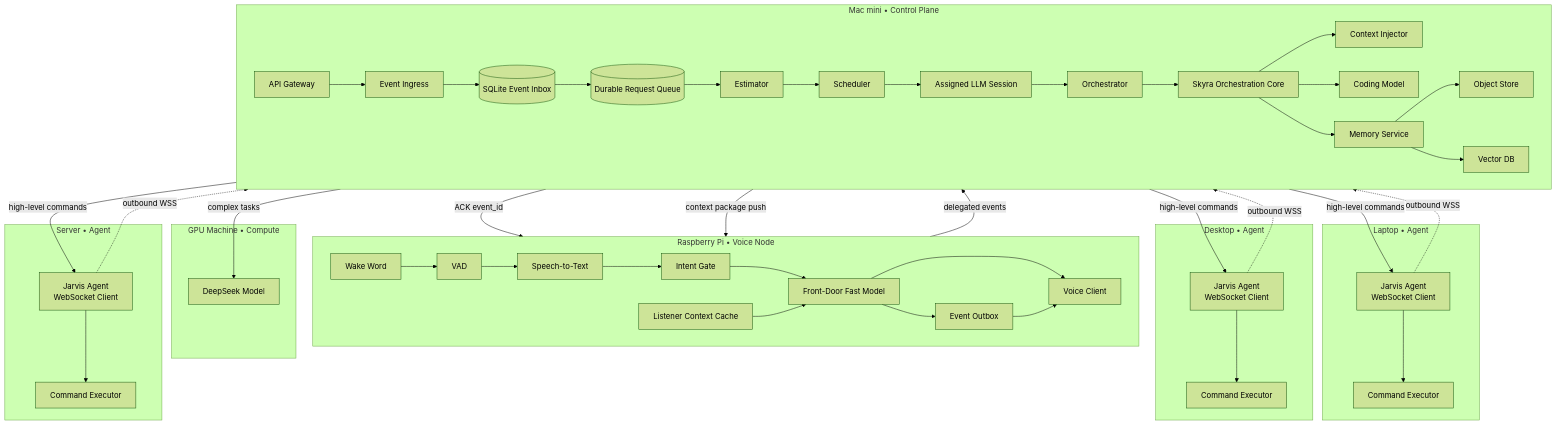
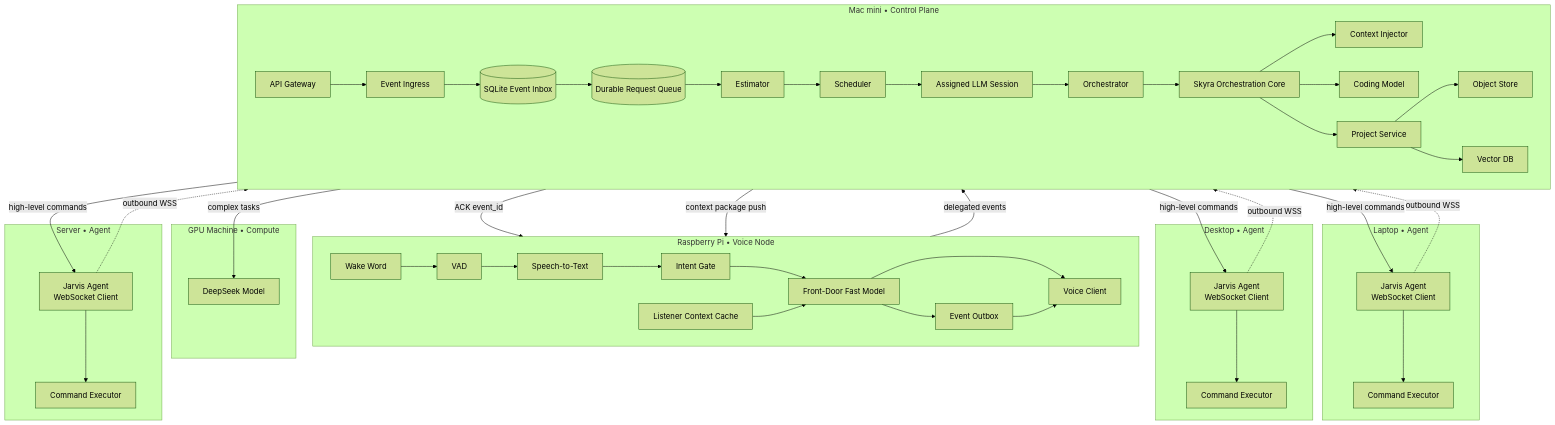
Before and after one commit to m-scanlon/tony-stark-was-able-tobuild-this-in-a-cave: the first of 3 diagrams in docs/arch/v1/scyra.md, drawn with Mermaid (forest theme). The commit also changed other lines of this file and 11 other files, not shown here.

```diff
--- a/docs/arch/v1/scyra.md
+++ b/docs/arch/v1/scyra.md
@@ -71,7 +71,7 @@
 
     CODER[Coding Model]
 
-    MEM[Memory Service]
+    PROJ[Project Service]
     OBJ[Object Store]
     VDB[Vector DB]
 
@@ -79,9 +79,9 @@
     ORCH --> CORE
     CORE --> CIX
     CORE --> CODER
-    CORE --> MEM
-    MEM --> OBJ
-    MEM --> VDB
+    CORE --> PROJ
+    PROJ --> OBJ
+    PROJ --> VDB
   end
 
   %% GPU Machine
```
